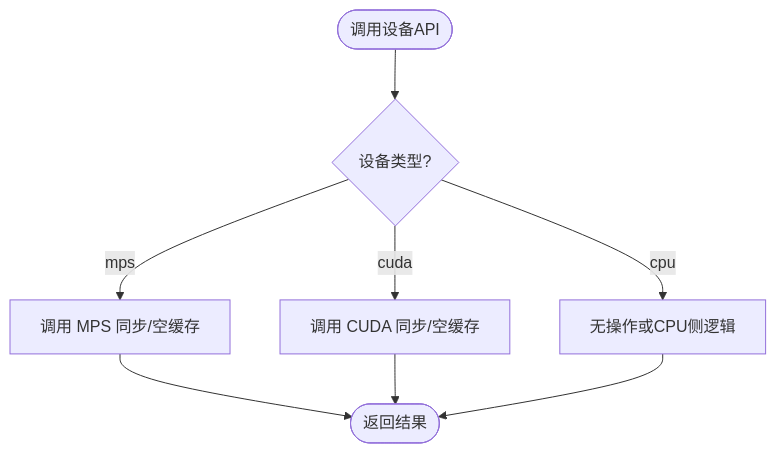
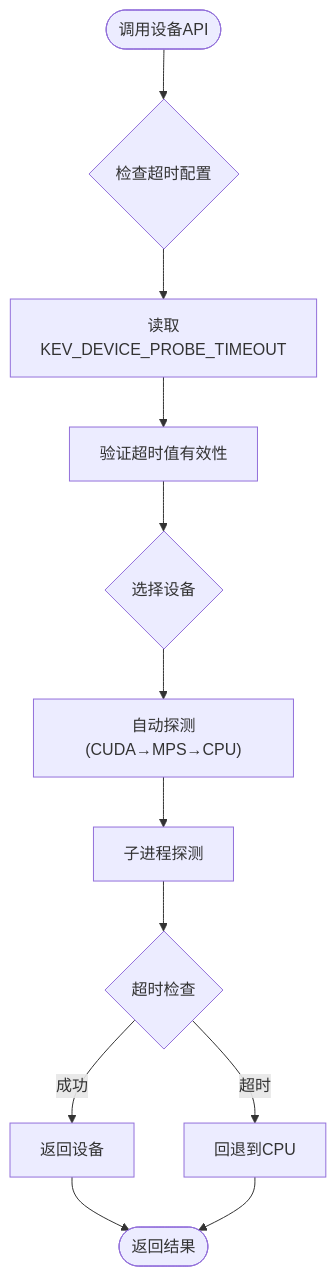
The third of 10 diagrams in .qoder/repowiki/zh/content/高级主题/性能优化技术/设备抽象层.md (joezxh/kev), drawn with Mermaid before and after one commit. The commit also changed other lines of this file and 220 other files, not shown here.

````diff
--- a/.qoder/repowiki/zh/content/高级主题/性能优化技术/设备抽象层.md
+++ b/.qoder/repowiki/zh/content/高级主题/性能优化技术/设备抽象层.md
@@ -153,10 +178,14 @@
 ```mermaid
 flowchart TD
-Start(["调用设备API"]) --> CheckDevice{"设备类型?"}
-CheckDevice --> |mps| SyncMPS["调用 MPS 同步/空缓存"]
-CheckDevice --> |cuda| SyncCUDA["调用 CUDA 同步/空缓存"]
-CheckDevice --> |cpu| Noop["无操作或CPU侧逻辑"]
-SyncMPS --> End(["返回结果"])
-SyncCUDA --> End
-Noop --> End
+Start(["调用设备API"]) --> CheckTimeout{"检查超时配置"}
+CheckTimeout --> ProbeTimeout["读取KEV_DEVICE_PROBE_TIMEOUT"]
+ProbeTimeout --> Validate["验证超时值有效性"]
+Validate --> SelectDevice{"选择设备"}
+SelectDevice --> AutoProbe["自动探测(CUDA→MPS→CPU)"]
+AutoProbe --> ChildProcess["子进程探测"]
+ChildProcess --> TimeoutCheck{"超时检查"}
+TimeoutCheck --> |超时| Fallback["回退到CPU"]
+TimeoutCheck --> |成功| ReturnDevice["返回设备"]
+ReturnDevice --> End(["返回结果"])
+Fallback --> End
 ```
````
